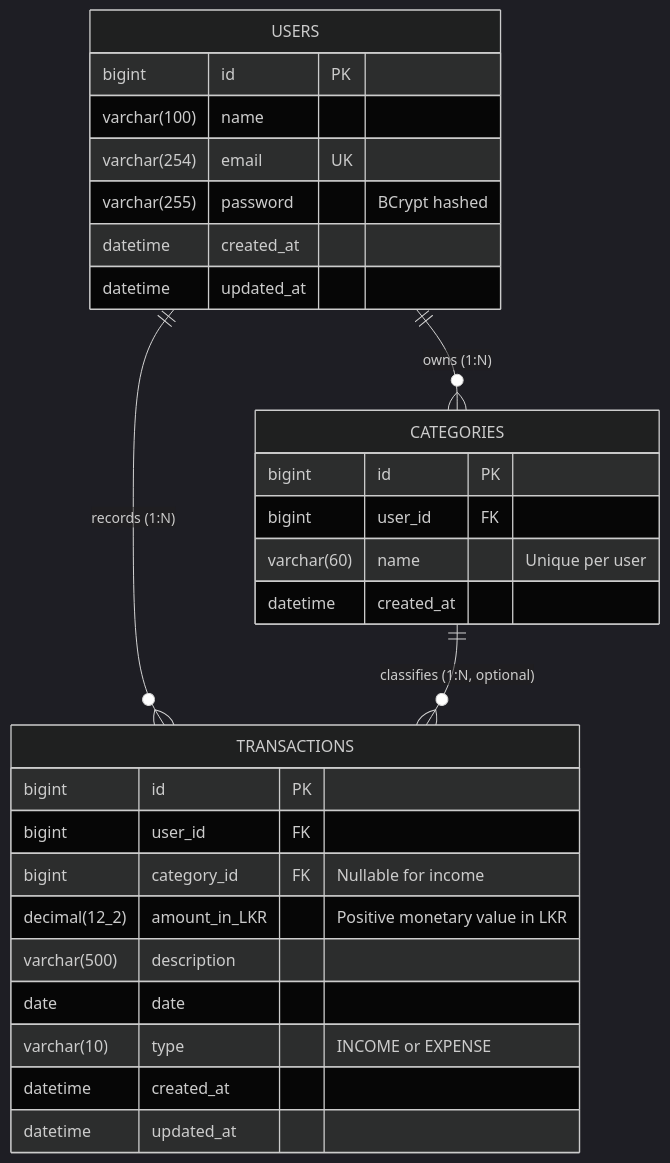
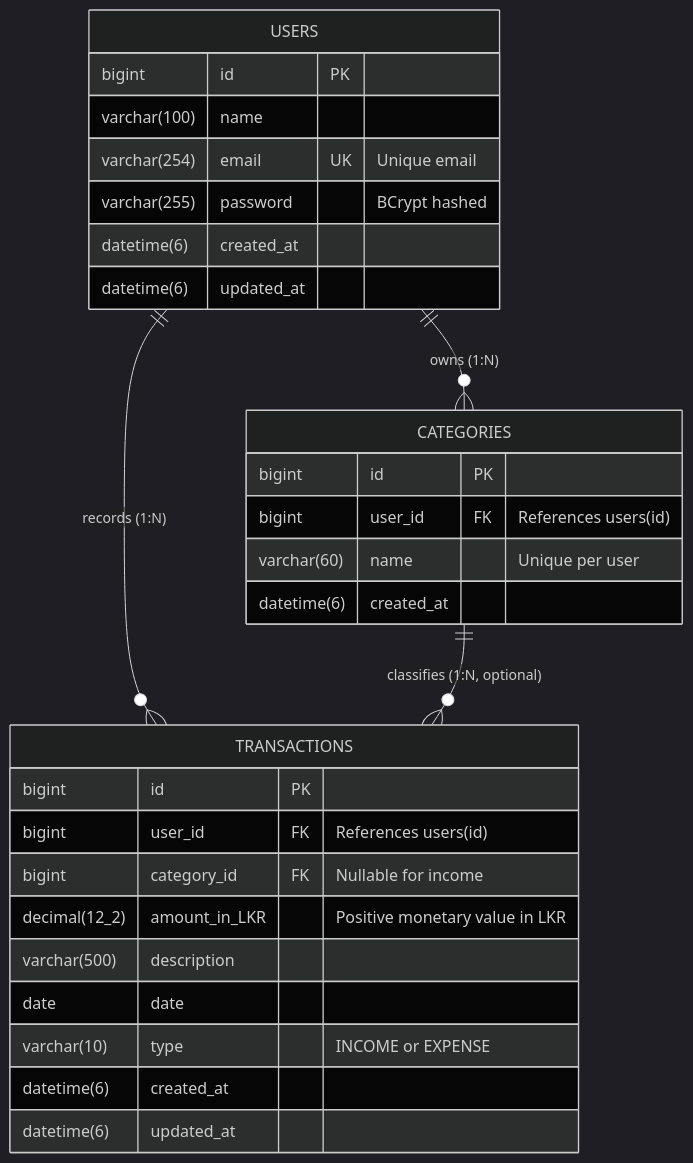
One commit to umarharees2003-ghb/personal-expense-tracker changed the diagram in README.md. Above: the diagram before and after it, drawn with Mermaid (dark theme). The commit also changed other lines of this file and 2 other files, not shown here.

````diff
--- a/README.md
+++ b/README.md
@@ -76,34 +93,34 @@
 ```mermaid
 erDiagram
     USERS ||--o{ CATEGORIES : "owns (1:N)"
     USERS ||--o{ TRANSACTIONS : "records (1:N)"
     CATEGORIES ||--o{ TRANSACTIONS : "classifies (1:N, optional)"
 
     USERS {
         bigint id PK
         varchar(100) name
-        varchar(254) email UK
+        varchar(254) email UK "Unique email"
         varchar(255) password "BCrypt hashed"
-        datetime created_at
-        datetime updated_at
+        datetime(6) created_at
+        datetime(6) updated_at
     }
 
     CATEGORIES {
         bigint id PK
-        bigint user_id FK
+        bigint user_id FK "References users(id)"
         varchar(60) name "Unique per user"
-        datetime created_at
+        datetime(6) created_at
     }
 
     TRANSACTIONS {
         bigint id PK
-        bigint user_id FK
+        bigint user_id FK "References users(id)"
         bigint category_id FK "Nullable for income"
         decimal(12_2) amount_in_LKR "Positive monetary value in LKR"
         varchar(500) description
         date date
         varchar(10) type "INCOME or EXPENSE"
-        datetime created_at
-        datetime updated_at
+        datetime(6) created_at
+        datetime(6) updated_at
     }
 ```
````
